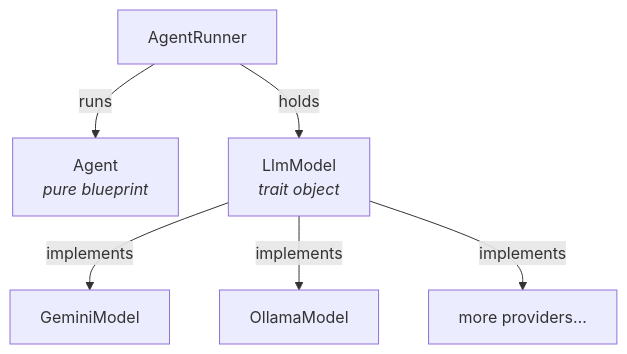
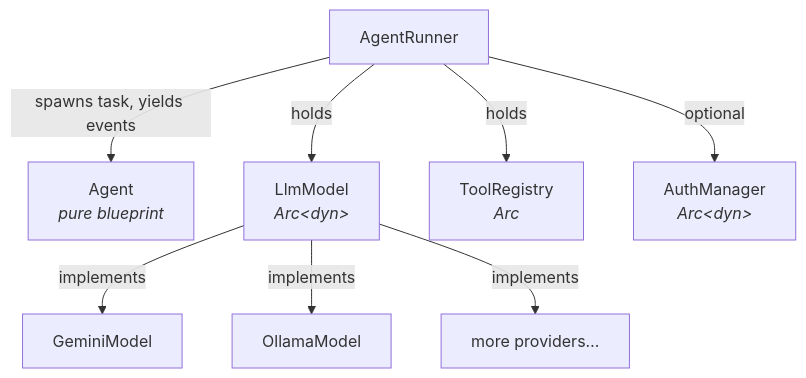
The diagram in README.md (andreban/agent-rig), drawn with Mermaid before and after one commit. The commit also changed other lines of this file and 6 other files, not shown here.

````diff
--- a/README.md
+++ b/README.md
@@ -308,8 +370,10 @@
 ```mermaid
 graph TD
-    AR[AgentRunner] -->|runs| A[Agent<br/><i>pure blueprint</i>]
-    AR -->|holds| LM[LlmModel<br/><i>trait object</i>]
+    AR[AgentRunner] -->|spawns task, yields events| A[Agent<br/><i>pure blueprint</i>]
+    AR -->|holds| LM[LlmModel<br/><i>Arc&lt;dyn&gt;</i>]
+    AR -->|holds| TR[ToolRegistry<br/><i>Arc</i>]
+    AR -->|optional| AM[AuthManager<br/><i>Arc&lt;dyn&gt;</i>]
     LM -->|implements| GM[GeminiModel]
     LM -->|implements| OM[OllamaModel]
     LM -->|implements| MORE[more providers…]
 ```
````
